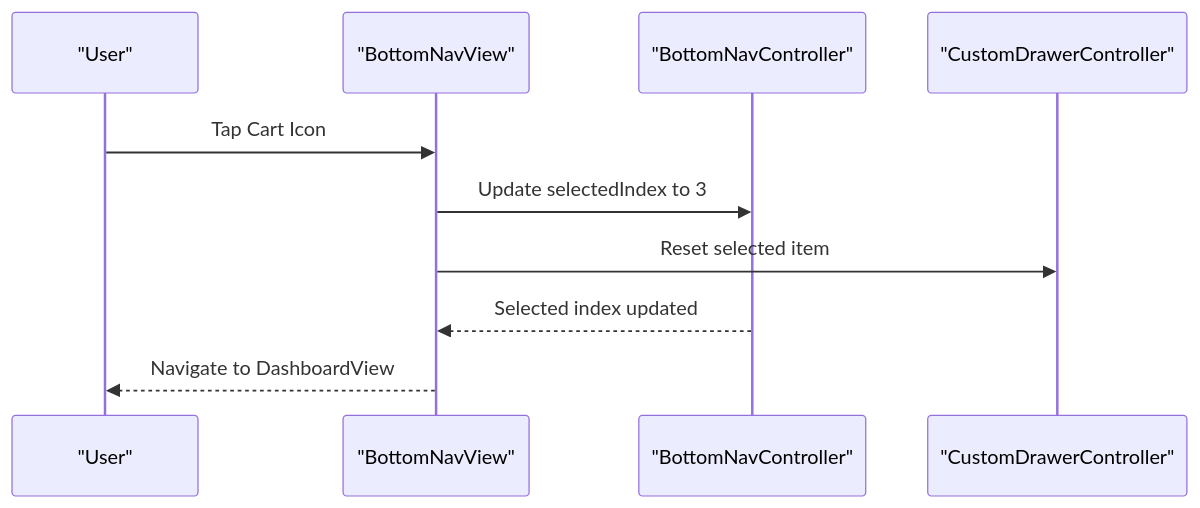
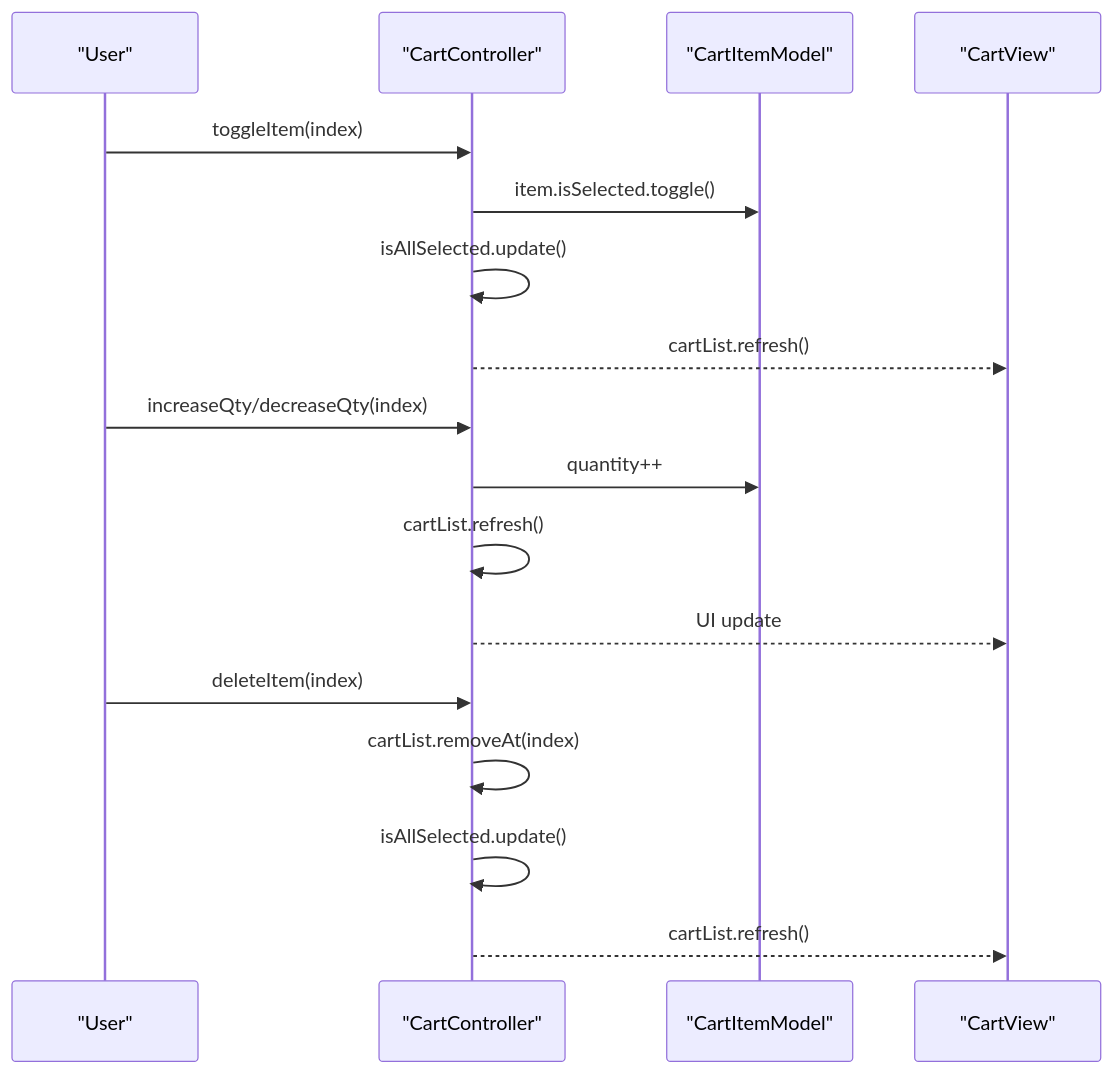
One commit to Ariful3111/FurniGo changed the third of 11 diagrams in .qoder/repowiki/en/content/Core Features/E-commerce Platform/Shopping Cart System.md. Above: the diagram before and after it, drawn with Mermaid. The commit also changed other lines of this file and 12 other files, not shown here.

````diff
--- a/.qoder/repowiki/en/content/Core Features/E-commerce Platform/Shopping Cart System.md
+++ b/.qoder/repowiki/en/content/Core Features/E-commerce Platform/Shopping Cart System.md
@@ -136,12 +161,19 @@
 ```mermaid
 sequenceDiagram
 participant User as "User"
-participant Nav as "BottomNavView"
-participant Controller as "BottomNavController"
-participant Drawer as "CustomDrawerController"
-User->>Nav : Tap Cart Icon
-Nav->>Controller : Update selectedIndex to 3
-Nav->>Drawer : Reset selected item
-Controller-->>Nav : Selected index updated
-Nav-->>User : Navigate to DashboardView
+participant Controller as "CartController"
+participant Model as "CartItemModel"
+participant View as "CartView"
+User->>Controller : toggleItem(index)
+Controller->>Model : item.isSelected.toggle()
+Controller->>Controller : isAllSelected.update()
+Controller-->>View : cartList.refresh()
+User->>Controller : increaseQty/decreaseQty(index)
+Controller->>Model : quantity++
+Controller->>Controller : cartList.refresh()
+Controller-->>View : UI update
+User->>Controller : deleteItem(index)
+Controller->>Controller : cartList.removeAt(index)
+Controller->>Controller : isAllSelected.update()
+Controller-->>View : cartList.refresh()
 ```
````
